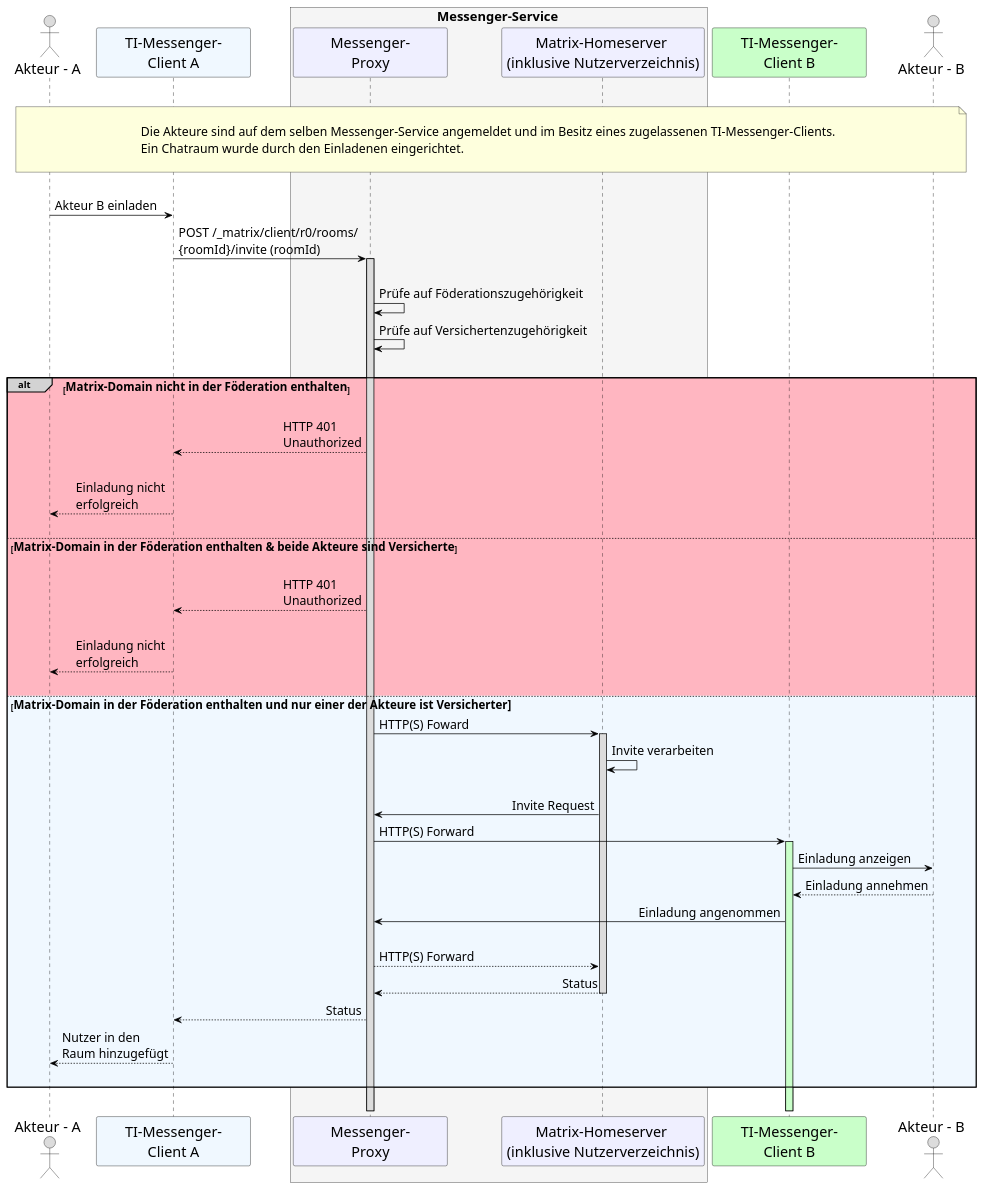
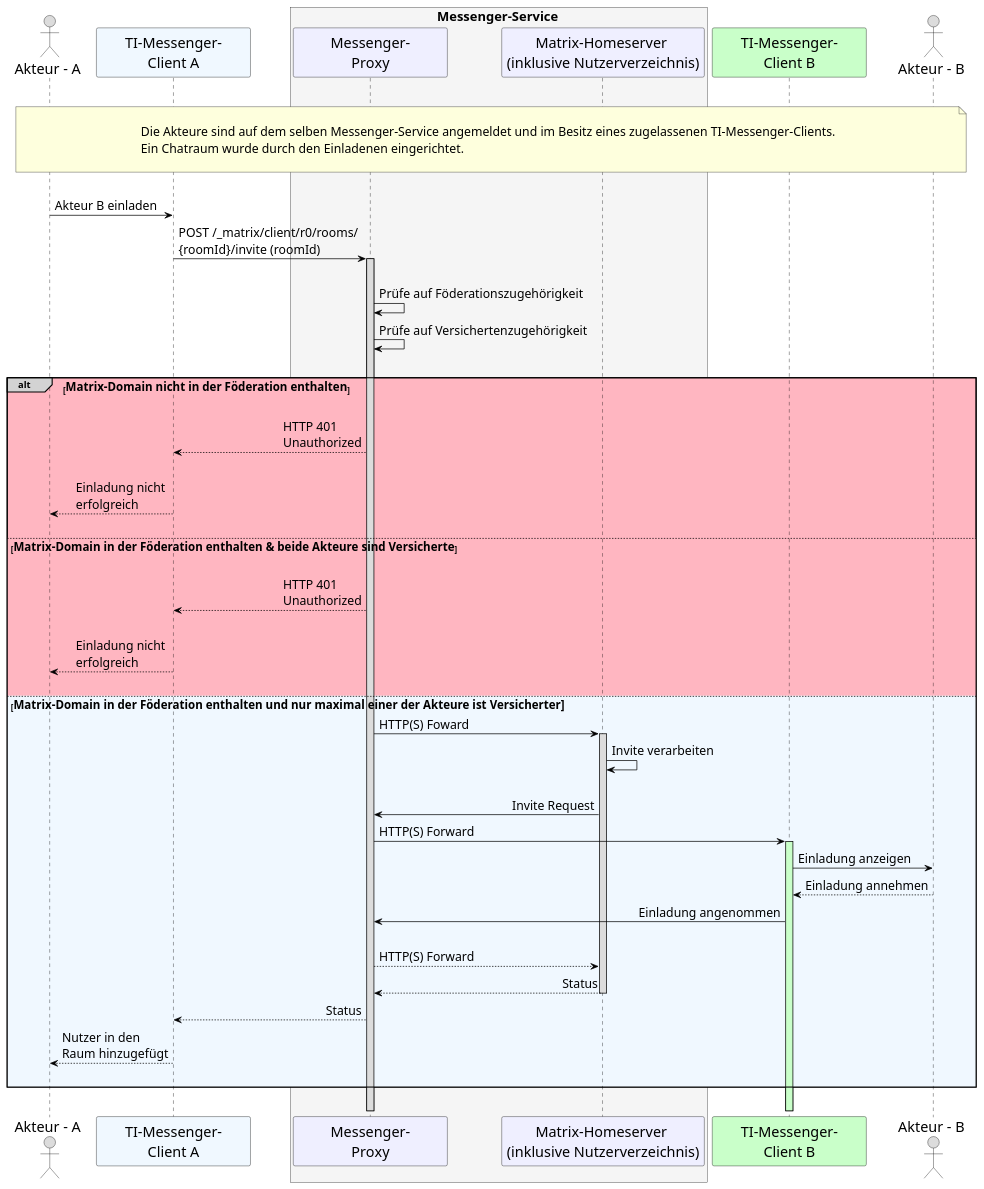
Before and after one commit to gematik/api-ti-messenger: the diagram in src/plantuml/TI-Messenger-Dienst/Ressourcen/epa_UC_10104_Seq.puml, drawn with PlantUML.

Commit message:
changed condition

```diff
--- a/src/plantuml/TI-Messenger-Dienst/Ressourcen/epa_UC_10104_Seq.puml
+++ b/src/plantuml/TI-Messenger-Dienst/Ressourcen/epa_UC_10104_Seq.puml
@@ -9,82 +9,82 @@
 @startuml
 skinparam sequenceMessageAlign direction
 skinparam minClassWidth 200
 skinparam BoxPadding 1
 skinparam sequenceReferenceHeaderBackgroundColor palegreen
 scale max 2048 width
 
 skinparam sequence {
 ArrowColor black
 ArrowFontSize 17
 ActorBorderColor black
 LifeLineBorderColor black
 LifeLineBackgroundColor Gainsboro
 
 ParticipantBorderColor Motivation
 ParticipantBackgroundColor Motivation
 ParticipantFontName Impact
 ParticipantFontSize 20
 ParticipantFontColor black
 ParticipantBorderColor Black
 ParticipantBackgroundColor MOTIVATION
 
 ActorBackgroundColor Gainsboro
 ActorFontColor black
 ActorFontSize 20
 ActorFontName Aapex
 }
     actor U1 as "Akteur - A"
     participant C1 as "TI-Messenger-\nClient A" #AliceBlue
     box <size:18>Messenger-Service</size> #WhiteSmoke
       participant MP as "Messenger-\nProxy"
       participant MH as "Matrix-Homeserver \n(inklusive Nutzerverzeichnis)"
     end box
     participant C2 as "TI-Messenger-\nClient B"#TECHNOLOGY
     actor U2 as "Akteur - B"
     
 |||
 note over U1, U2: \n<size:17>Die Akteure sind auf dem selben Messenger-Service angemeldet und im Besitz eines zugelassenen TI-Messenger-Clients.\n<size:17>Ein Chatraum wurde durch den Einladenen eingerichtet.</size>\n
 |||
     U1->C1: Akteur B einladen
     C1->MP: POST /_matrix/client/r0/rooms/\n{roomId}/invite (roomId)
     activate MP
     |||
       MP->MP: Prüfe auf Föderationszugehörigkeit
       MP->MP: Prüfe auf Versichertenzugehörigkeit
     |||
     
     alt#LightGrey #LightPink <size:16>Matrix-Domain nicht in der Föderation enthalten</size>
       |||
       MP-->C1: HTTP 401 \nUnauthorized
       |||
       C1-->U1: Einladung nicht \nerfolgreich
       |||
     
       else <size:16>Matrix-Domain in der Föderation enthalten & beide Akteure sind Versicherte</size>
       |||
       MP-->C1: HTTP 401 \nUnauthorized
       |||
       C1-->U1: Einladung nicht \nerfolgreich
       |||
 
-      else #AliceBlue <size:16>Matrix-Domain in der Föderation enthalten und nur einer der Akteure ist Versicherter
+      else #AliceBlue <size:16>Matrix-Domain in der Föderation enthalten und nur maximal einer der Akteure ist Versicherter
       MP->MH: HTTP(S) Foward
         activate MH
       MH->MH: Invite verarbeiten
       |||
           MH->MP: Invite Request
           MP->C2: HTTP(S) Forward
             activate C2 #TECHNOLOGY
           C2->U2: Einladung anzeigen
           U2-->C2: Einladung annehmen
           C2->MP: Einladung angenommen
           |||
           MP-->MH: HTTP(S) Forward
           MH-->MP: Status
             deactivate MH
           MP-->C1: Status
           C1-->U1: Nutzer in den \nRaum hinzugefügt
         |||
         end
  |||
 @enduml
```
